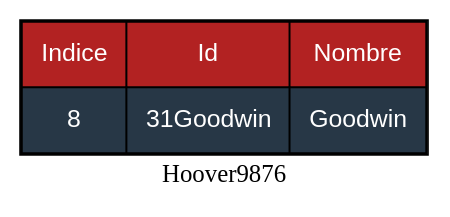
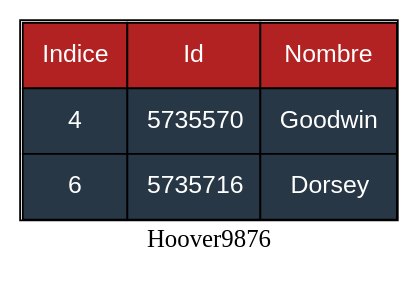
Before and after one commit to Desconocido502/-EDD_2S-BatallaNaval_201902502: the diagram in Fase 3/Cliente/EDDimg/HashTable_Base_html.dot, drawn with Graphviz. The commit also changed 19 other files, not shown here.

```diff
--- a/Fase 3/Cliente/EDDimg/HashTable_Base_html.dot
+++ b/Fase 3/Cliente/EDDimg/HashTable_Base_html.dot
@@ -1,17 +1,22 @@
 digraph html {
 node [fontname="Helvetica,Arial,sans-serif", fontcolor="white"]
 label="Hoover9876"
 abc [shape = none, margin = 0, label=<
 <TABLE BORDER = "1" CELLBORDER = "1" CELLSPACING="0" CELLPADDING="10">
 <TR>
 	<TD BGCOLOR="FireBrick">Indice</TD>
 	<TD BGCOLOR="FireBrick">Id</TD>
 	<TD BGCOLOR="FireBrick">Nombre</TD>
 </TR>
 <TR>
-	<TD BGCOLOR="#273746">8</TD>
-	<TD BGCOLOR="#273746">31Goodwin</TD>
+	<TD BGCOLOR="#273746">4</TD>
+	<TD BGCOLOR="#273746">5735570</TD>
 	<TD BGCOLOR="#273746">Goodwin</TD>
+</TR>
+<TR>
+	<TD BGCOLOR="#273746">6</TD>
+	<TD BGCOLOR="#273746">5735716</TD>
+	<TD BGCOLOR="#273746">Dorsey</TD>
 </TR>
 </TABLE>>];
 }
```
